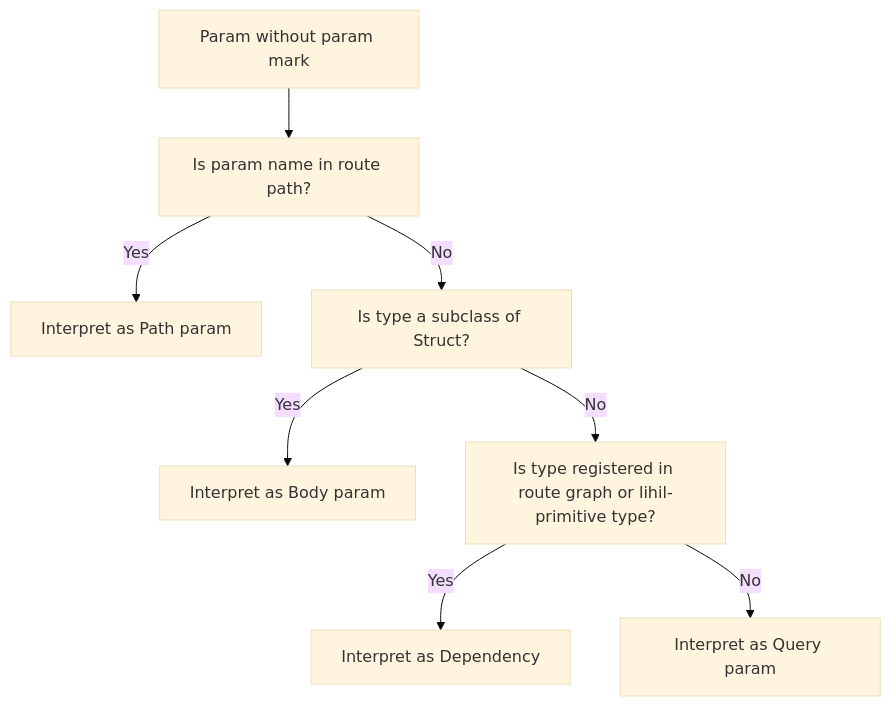
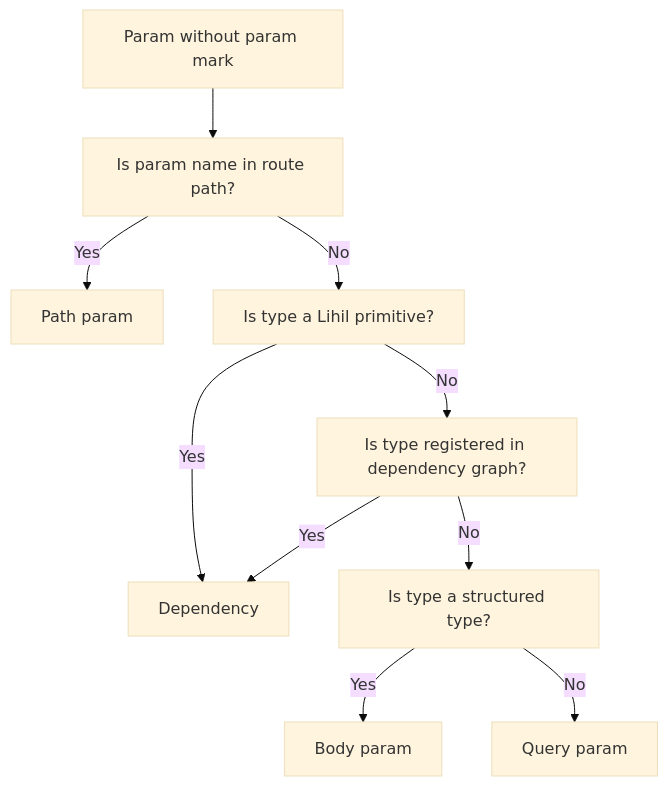
The diagram in docs/http/endpoint.md (raceychan/raceychan.github.io), drawn with Mermaid (base theme) before and after one commit. The commit also changed other lines of this file and 57 other files, not shown here.

````diff
--- a/docs/http/endpoint.md
+++ b/docs/http/endpoint.md
@@ -72,10 +72,12 @@
 ```mermaid
 flowchart TD
     A[Param without param mark] --> B[Is param name in route path?]
-    B -- Yes --> P[Interpret as Path param]
-    B -- No --> C[Is type a subclass of Struct?]
-    C -- Yes --> R[Interpret as Body param]
-    C -- No --> D[Is type registered in route graph or lihil-primitive type?]
-    D -- Yes --> S[Interpret as Dependency]
-    D -- No --> Q[Interpret as Query param]
+    B -- Yes --> P[Path param]
+    B -- No --> C[Is type a Lihil primitive?]
+    C -- Yes --> S[Dependency]
+    C -- No --> D[Is type registered in dependency graph?]
+    D -- Yes --> S[Dependency]
+    D -- No --> E[Is type a structured type?]
+    E -- Yes --> R[Body param]
+    E -- No --> Q[Query param]
 ```
````
